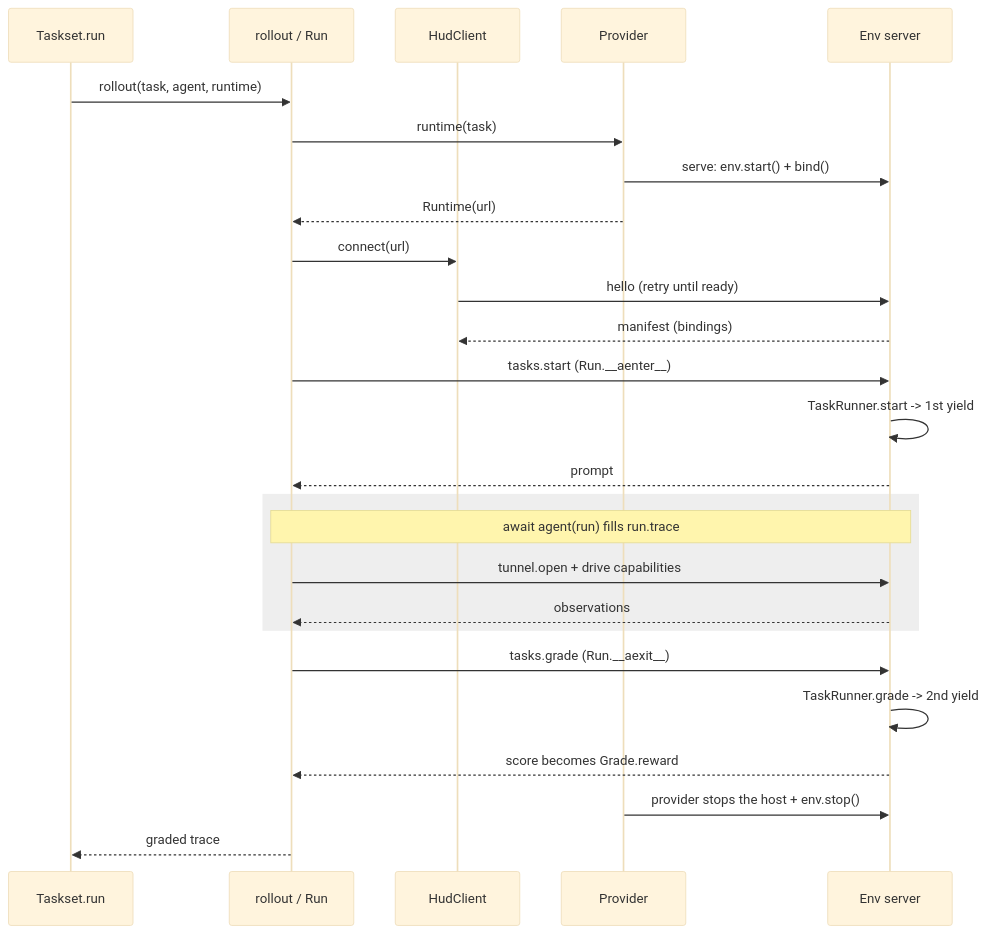
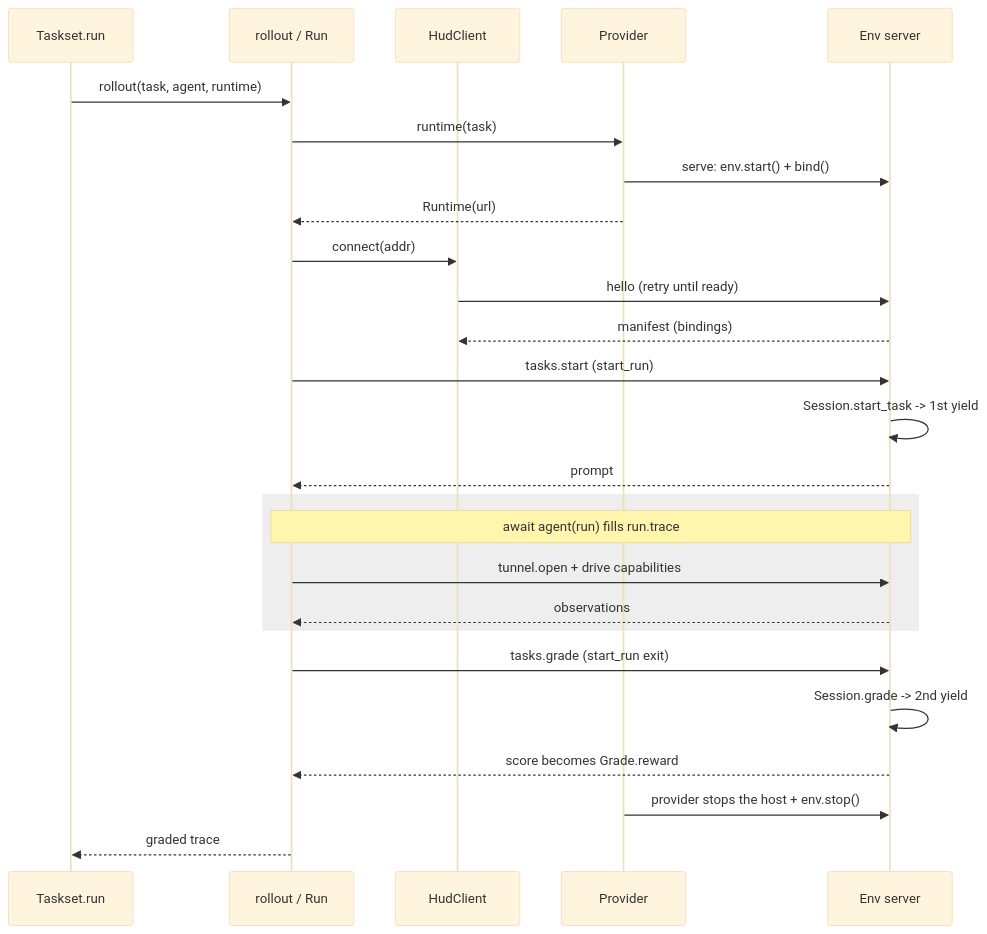
The diagram in docs/v6/internals/walkthrough.mdx (hud-evals/hud-python), drawn with Mermaid (base theme) before and after one commit. The commit also changed other lines of this file and 77 other files, not shown here.

````diff
--- a/docs/v6/internals/walkthrough.mdx
+++ b/docs/v6/internals/walkthrough.mdx
@@ -702,28 +667,28 @@
 ```mermaid
 sequenceDiagram
     participant Sched as Taskset.run
     participant Roll as rollout / Run
     participant Cli as HudClient
     participant Prov as Provider
     participant Env as Env server
     Sched->>Roll: rollout(task, agent, runtime)
     Roll->>Prov: runtime(task)
     Prov->>Env: serve: env.start() + bind()
     Prov-->>Roll: Runtime(url)
-    Roll->>Cli: connect(url)
+    Roll->>Cli: connect(addr)
     Cli->>Env: hello (retry until ready)
     Env-->>Cli: manifest (bindings)
-    Roll->>Env: tasks.start (Run.__aenter__)
-    Env->>Env: TaskRunner.start -> 1st yield
+    Roll->>Env: tasks.start (start_run)
+    Env->>Env: Session.start_task -> 1st yield
     Env-->>Roll: prompt
     rect rgb(238,238,238)
     Note over Roll,Env: await agent(run) fills run.trace
     Roll->>Env: tunnel.open + drive capabilities
     Env-->>Roll: observations
     end
-    Roll->>Env: tasks.grade (Run.__aexit__)
-    Env->>Env: TaskRunner.grade -> 2nd yield
+    Roll->>Env: tasks.grade (start_run exit)
+    Env->>Env: Session.grade -> 2nd yield
     Env-->>Roll: score becomes Grade.reward
     Prov->>Env: provider stops the host + env.stop()
     Roll-->>Sched: graded trace
 ```
````
